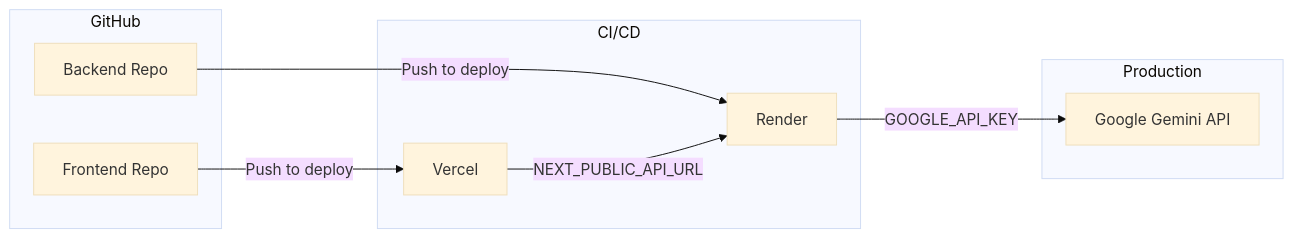
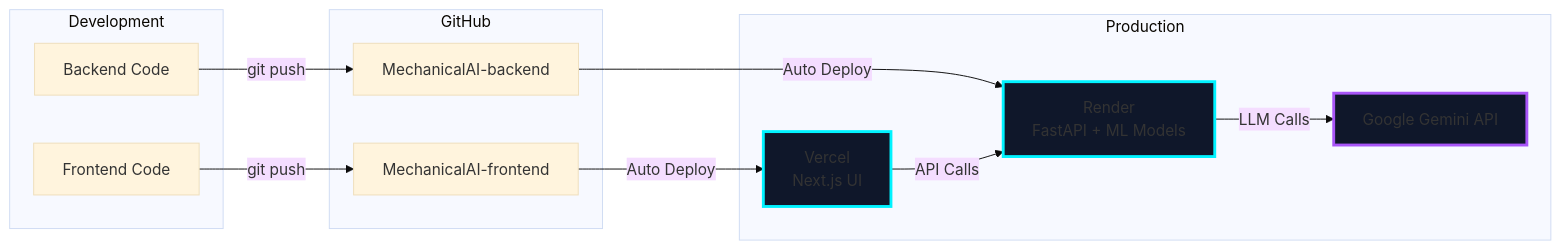
Before and after one commit to sanu-VDart/Fullstack-AI-Engineering: the third of 3 diagrams in ARCHITECTURE.md, drawn with Mermaid (base theme). The commit also changed other lines of this file and 49 other files, not shown here.

Commit message:
Reorganized project into backend and frontend directories

````diff
--- a/ARCHITECTURE.md
+++ b/ARCHITECTURE.md
@@ -96,17 +85,29 @@
 ```mermaid
 graph LR
-    subgraph "GitHub"
-        REPO_BE["Backend Repo"]
-        REPO_FE["Frontend Repo"]
+    subgraph "Development"
+        DEV_BE["Backend Code"]
+        DEV_FE["Frontend Code"]
     end
     
-    subgraph "CI/CD"
-        REPO_BE -->|"Push to deploy"| RENDER["Render"]
-        REPO_FE -->|"Push to deploy"| VERCEL["Vercel"]
+    subgraph "GitHub"
+        REPO_BE["MechanicalAI-backend"]
+        REPO_FE["MechanicalAI-frontend"]
     end
     
     subgraph "Production"
-        VERCEL -->|"NEXT_PUBLIC_API_URL"| RENDER
-        RENDER -->|"GOOGLE_API_KEY"| GEMINI["Google Gemini API"]
+        RENDER["Render<br/>FastAPI + ML Models"]
+        VERCEL["Vercel<br/>Next.js UI"]
+        GEMINI["Google Gemini API"]
     end
+    
+    DEV_BE -->|git push| REPO_BE
+    DEV_FE -->|git push| REPO_FE
+    REPO_BE -->|Auto Deploy| RENDER
+    REPO_FE -->|Auto Deploy| VERCEL
+    VERCEL -->|API Calls| RENDER
+    RENDER -->|LLM Calls| GEMINI
+    
+    style RENDER fill:#0f172a,stroke:#00f3ff,stroke-width:3px
+    style VERCEL fill:#0f172a,stroke:#00f3ff,stroke-width:3px
+    style GEMINI fill:#0f172a,stroke:#a855f7,stroke-width:3px
 ```
````
